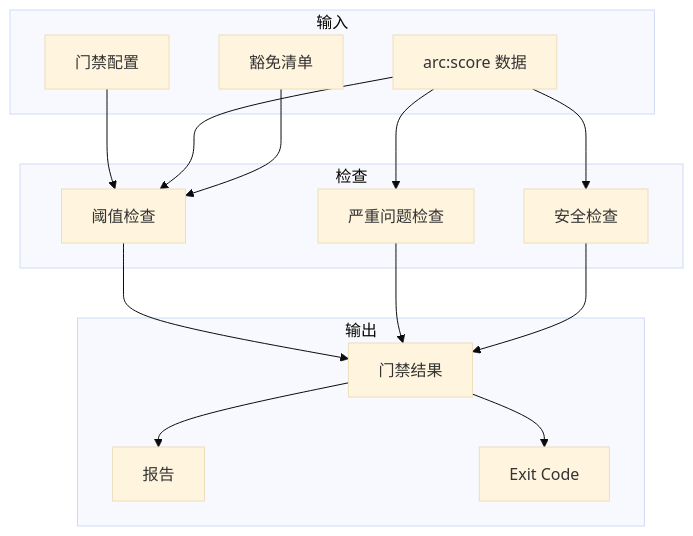
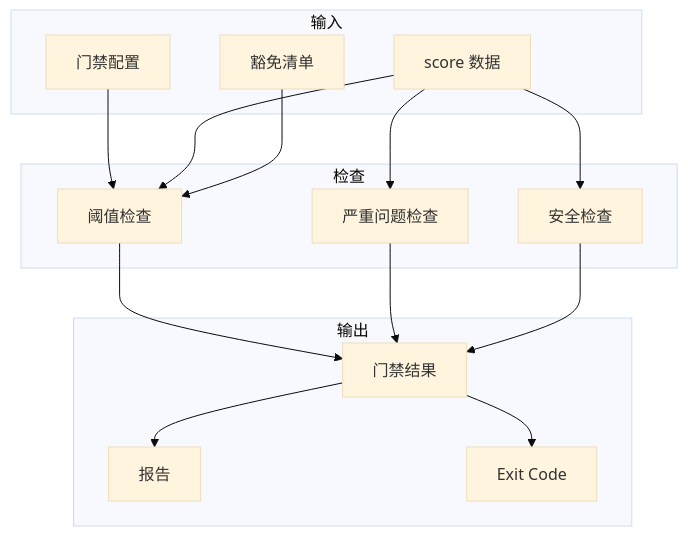
Before and after one commit to iwen-conf/Skills: the diagram in gate/CLAUDE.md, drawn with Mermaid (base theme). The commit also changed other lines of this file and 15 other files, not shown here.

Commit message:
refactor skills to 16 arc core set and merge score into gate

````diff
--- a/gate/CLAUDE.md
+++ b/gate/CLAUDE.md
@@ -108,33 +108,33 @@
 ```mermaid
 graph TD
     subgraph 输入
         CONFIG["门禁配置"]
-        SCORE["arc:score 数据"]
+        SCORE["score 数据"]
         WHITELIST["豁免清单"]
     end
 
     subgraph 检查
         THRESHOLD["阈值检查"]
         CRITICAL["严重问题检查"]
         SECURITY["安全检查"]
     end
 
     subgraph 输出
         RESULT["门禁结果"]
         REPORT["报告"]
         EXIT["Exit Code"]
     end
 
     CONFIG --> THRESHOLD
     SCORE --> THRESHOLD
     SCORE --> CRITICAL
     SCORE --> SECURITY
     WHITELIST --> THRESHOLD
     
     THRESHOLD --> RESULT
     CRITICAL --> RESULT
     SECURITY --> RESULT
     
     RESULT --> REPORT
     RESULT --> EXIT
 ```
````
